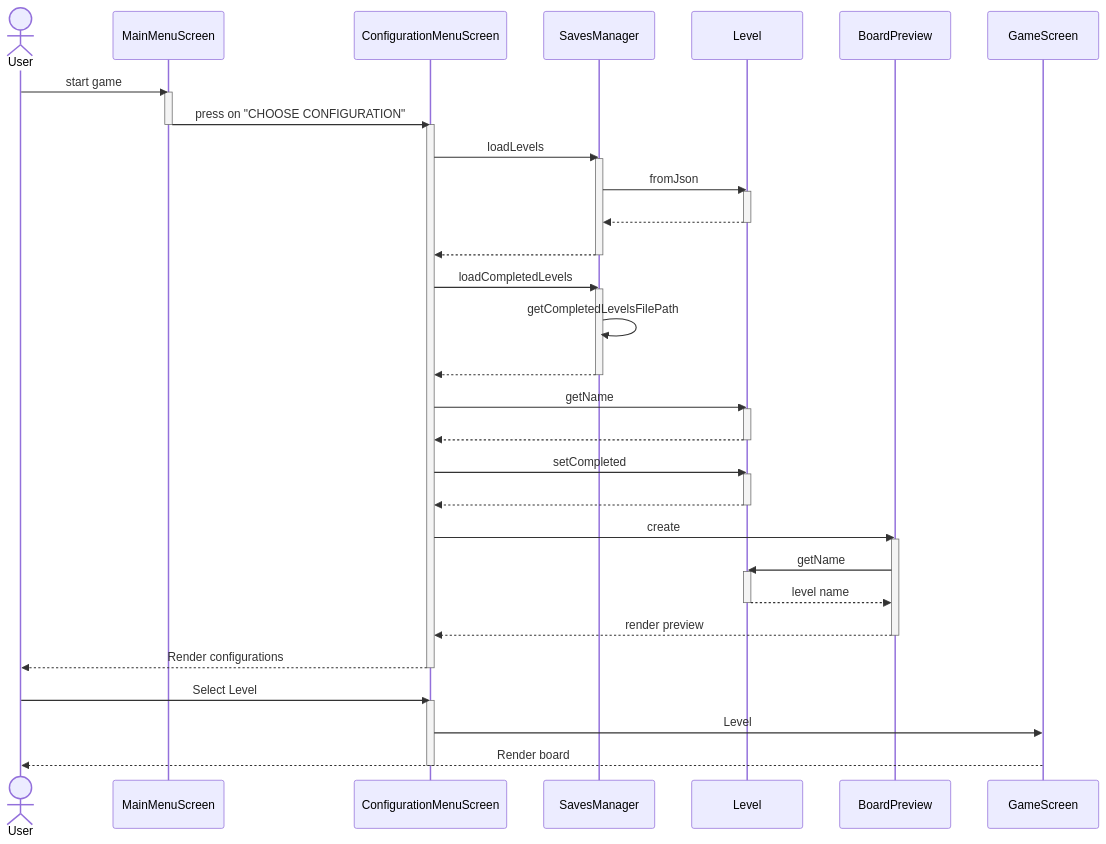
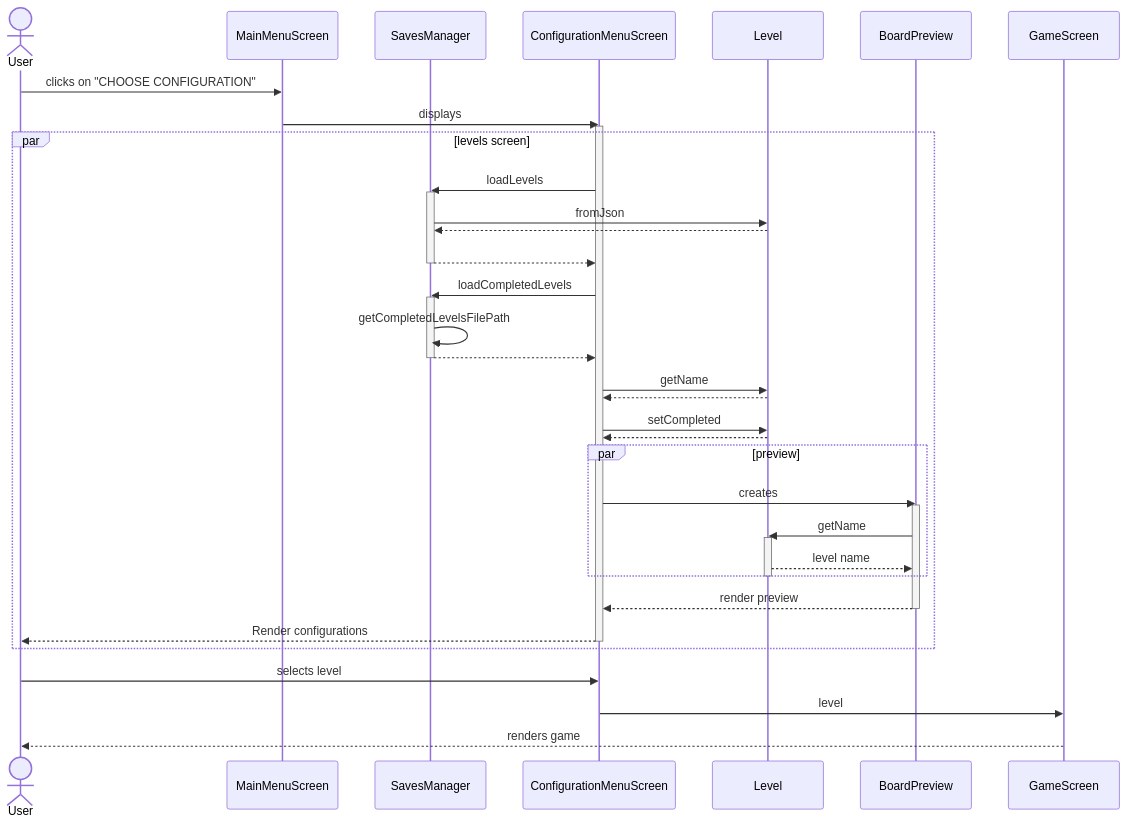
One commit to BIRSAx2/klotski changed the fourth of 10 diagrams in docs/sequence_diagram/index.md. Above: the diagram before and after it, drawn with Mermaid. The commit also changed other lines of this file, not shown here.

Commit message:
Improved internal sequence diagram. Added NextBestMove sequence diagram

````diff
--- a/docs/sequence_diagram/index.md
+++ b/docs/sequence_diagram/index.md
@@ -133,49 +143,61 @@
 ```mermaid
 sequenceDiagram
     actor User
-    User ->> MainMenuScreen: start game
-    activate MainMenuScreen
-    MainMenuScreen ->> ConfigurationMenuScreen: press on "CHOOSE CONFIGURATION"
-    deactivate MainMenuScreen
+    participant MainMenuScreen
+    participant SavesManager
+    participant ConfigurationMenuScreen
+    participant Level
+    participant BoardPreview
+    participant GameScreen
+
+    User ->> MainMenuScreen: clicks on "CHOOSE CONFIGURATION"
+
+    MainMenuScreen ->> ConfigurationMenuScreen: displays
     activate ConfigurationMenuScreen
-    ConfigurationMenuScreen ->> SavesManager: loadLevels
-    activate SavesManager
-    SavesManager ->> Level: fromJson
-    activate Level
-Level -->> SavesManager: #32; 
-deactivate Level
-SavesManager -->> ConfigurationMenuScreen: #32; 
-deactivate SavesManager
-ConfigurationMenuScreen ->> SavesManager: loadCompletedLevels
-activate SavesManager
-SavesManager ->> SavesManager: getCompletedLevelsFilePath
-SavesManager -->> ConfigurationMenuScreen:  #32; 
-deactivate SavesManager
-ConfigurationMenuScreen ->> Level: getName
-activate Level
-Level -->> ConfigurationMenuScreen: #32; 
-deactivate Level
-ConfigurationMenuScreen ->> Level: setCompleted
-activate Level
-Level -->> ConfigurationMenuScreen: #32; 
-deactivate Level
-ConfigurationMenuScreen ->> BoardPreview: create
-activate BoardPreview
-BoardPreview ->> Level: getName
-activate Level
-Level -->> BoardPreview: level name
 
-deactivate Level
-BoardPreview -->> ConfigurationMenuScreen: render preview
-deactivate BoardPreview
+    par levels screen
+        ConfigurationMenuScreen ->> SavesManager: loadLevels
+        activate SavesManager
 
-ConfigurationMenuScreen -->> User: Render configurations
-deactivate ConfigurationMenuScreen
+        SavesManager ->> Level: fromJson
 
+        Level -->> SavesManager: 
 
-User ->> ConfigurationMenuScreen: Select Level
-activate ConfigurationMenuScreen
-ConfigurationMenuScreen ->> GameScreen: Level
-GameScreen -->> User: Render board
-deactivate ConfigurationMenuScreen
+        SavesManager -->> ConfigurationMenuScreen: #32;
+        deactivate SavesManager
+
+        ConfigurationMenuScreen ->> SavesManager: loadCompletedLevels
+        activate SavesManager
+
+        SavesManager ->> SavesManager: getCompletedLevelsFilePath
+
+        SavesManager -->> ConfigurationMenuScreen: 
+        deactivate SavesManager
+    
+
+        ConfigurationMenuScreen ->> Level: getName
+        Level -->> ConfigurationMenuScreen:  
+
+        ConfigurationMenuScreen ->> Level: setCompleted
+        Level -->> ConfigurationMenuScreen:  
+
+        par preview
+            ConfigurationMenuScreen ->> BoardPreview: creates
+            activate BoardPreview
+            BoardPreview ->> Level: getName
+            activate Level
+            Level -->> BoardPreview: level name
+        end
+
+        deactivate Level
+        BoardPreview -->> ConfigurationMenuScreen: render preview
+        deactivate BoardPreview
+
+        ConfigurationMenuScreen -->> User: Render configurations
+        deactivate ConfigurationMenuScreen
+    end
+
+    User ->> ConfigurationMenuScreen: selects level
+    ConfigurationMenuScreen ->> GameScreen: level
+    GameScreen -->> User: renders game
 ```
````
